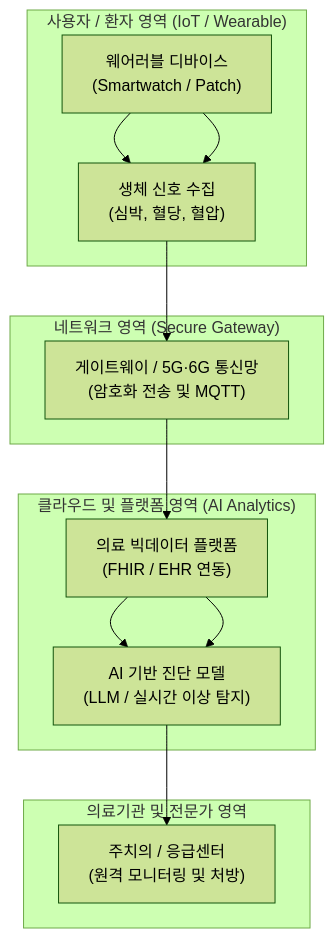
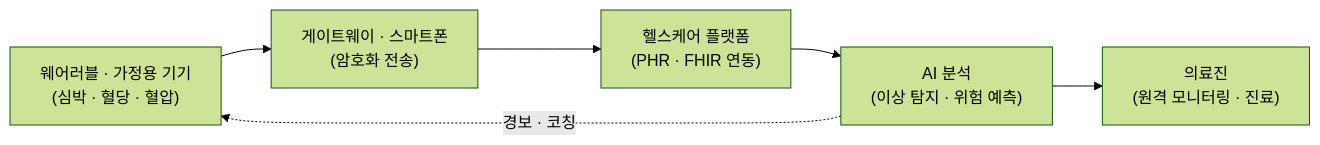
One commit to supremethumb/supremethumb.github.io changed the diagram in content/01_IT Tech/u-Health Smart Health.md. Above: the diagram before and after it, drawn with Mermaid (forest theme). The commit also changed other lines of this file and 1087 other files, not shown here.

````diff
--- a/content/01_IT Tech/u-Health Smart Health.md
+++ b/content/01_IT Tech/u-Health Smart Health.md
@@ -23,21 +36,8 @@
 ```mermaid
-flowchart TB
-    subgraph Client["사용자 / 환자 영역 (IoT / Wearable)"]
-        W["웨어러블 디바이스<br/>(Smartwatch / Patch)"] --> S["생체 신호 수집<br/>(심박, 혈당, 혈압)"]
-    end
-
-    subgraph Network["네트워크 영역 (Secure Gateway)"]
-        GW["게이트웨이 / 5G·6G 통신망<br/>(암호화 전송 및 MQTT)"]
-    end
-
-    subgraph Cloud["클라우드 및 플랫폼 영역 (AI Analytics)"]
-        PL["의료 빅데이터 플랫폼<br/>(FHIR / EHR 연동)"] --> AI["AI 기반 진단 모델<br/>(LLM / 실시간 이상 탐지)"]
-    end
-
-    subgraph Hospital["의료기관 및 전문가 영역"]
-        DR["주치의 / 응급센터<br/>(원격 모니터링 및 처방)"]
-    end
-
-    W --> S --> GW --> PL --> AI --> DR
-
+flowchart LR
+    W["웨어러블 · 가정용 기기<br/>(심박 · 혈당 · 혈압)"] --> GW["게이트웨이 · 스마트폰<br/>(암호화 전송)"]
+    GW --> PL["헬스케어 플랫폼<br/>(PHR · FHIR 연동)"]
+    PL --> AI["AI 분석<br/>(이상 탐지 · 위험 예측)"]
+    AI --> DR["의료진<br/>(원격 모니터링 · 진료)"]
+    AI -.->|"경보 · 코칭"| W
 ```
````
